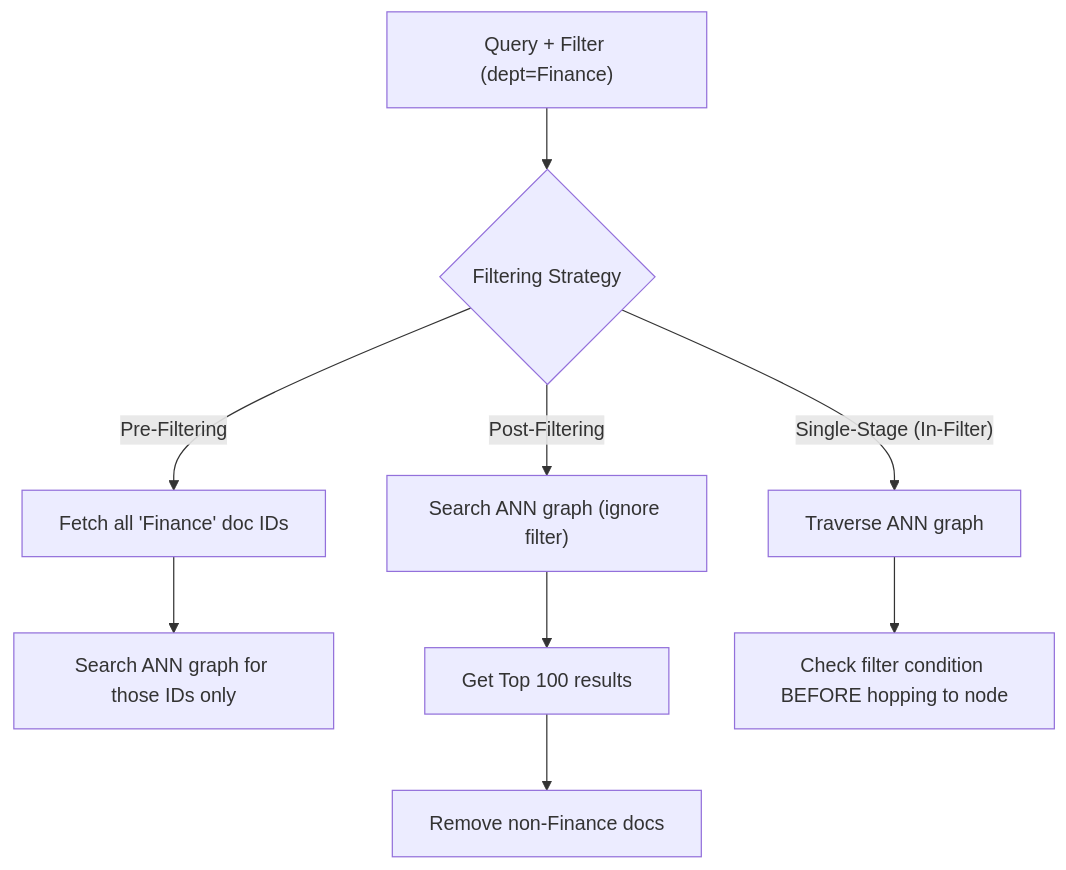
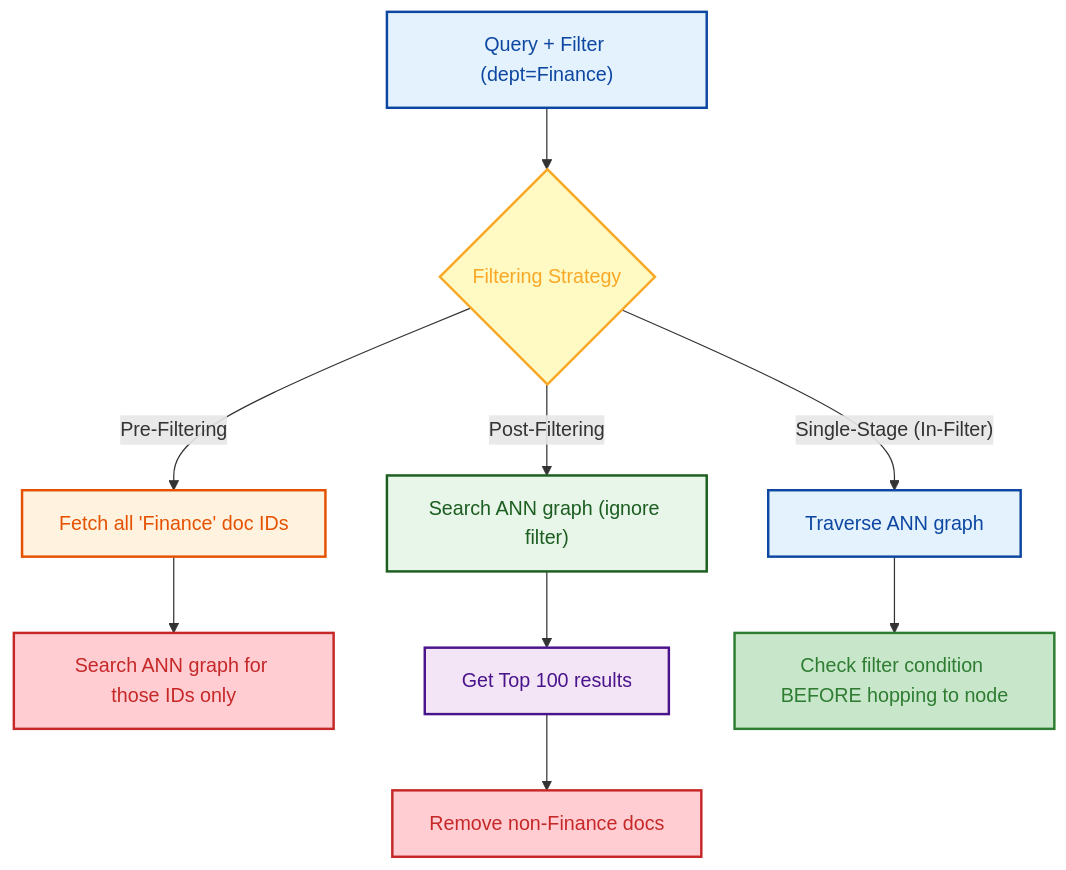
Before and after one commit to GyanendraChaubey/AI-Engineering-Notes: the fourth of 4 diagrams in docs/05-vector-databases/README.md, drawn with Mermaid. The commit also changed other lines of this file and 15 other files, not shown here.

Commit message:
style: apply light color palette to remaining Mermaid diagrams (docs 15 & 16)

````diff
--- a/docs/05-vector-databases/README.md
+++ b/docs/05-vector-databases/README.md
@@ -202,13 +227,22 @@
 ```mermaid
 flowchart TD
     A["Query + Filter (dept=Finance)"] --> B{"Filtering Strategy"}
     B -->|"Pre-Filtering"| C["Fetch all 'Finance' doc IDs"]
     C --> D["Search ANN graph for those IDs only"]
     
     B -->|"Post-Filtering"| E["Search ANN graph (ignore filter)"]
     E --> F["Get Top 100 results"]
     F --> G["Remove non-Finance docs"]
     
     B -->|"Single-Stage (In-Filter)"| H["Traverse ANN graph"]
     H --> I["Check filter condition BEFORE hopping to node"]
+    style A fill:#e3f2fd,stroke:#0d47a1,stroke-width:2px,color:#0d47a1
+    style B fill:#fff9c4,stroke:#f9a825,stroke-width:2px,color:#f9a825
+    style C fill:#fff3e0,stroke:#e65100,stroke-width:2px,color:#e65100
+    style D fill:#ffcdd2,stroke:#c62828,stroke-width:2px,color:#c62828
+    style E fill:#e8f5e9,stroke:#1b5e20,stroke-width:2px,color:#1b5e20
+    style F fill:#f3e5f5,stroke:#4a148c,stroke-width:2px,color:#4a148c
+    style G fill:#ffcdd2,stroke:#c62828,stroke-width:2px,color:#c62828
+    style H fill:#e3f2fd,stroke:#0d47a1,stroke-width:2px,color:#0d47a1
+    style I fill:#c8e6c9,stroke:#2e7d32,stroke-width:2px,color:#2e7d32
 ```
````
